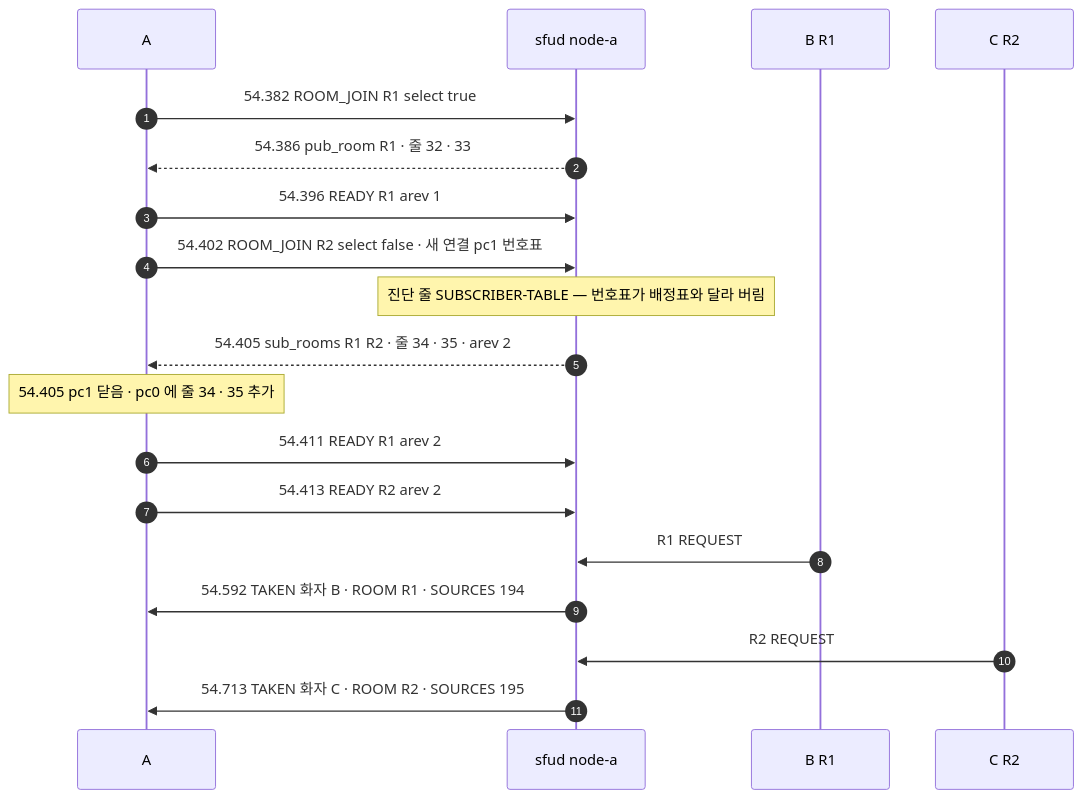
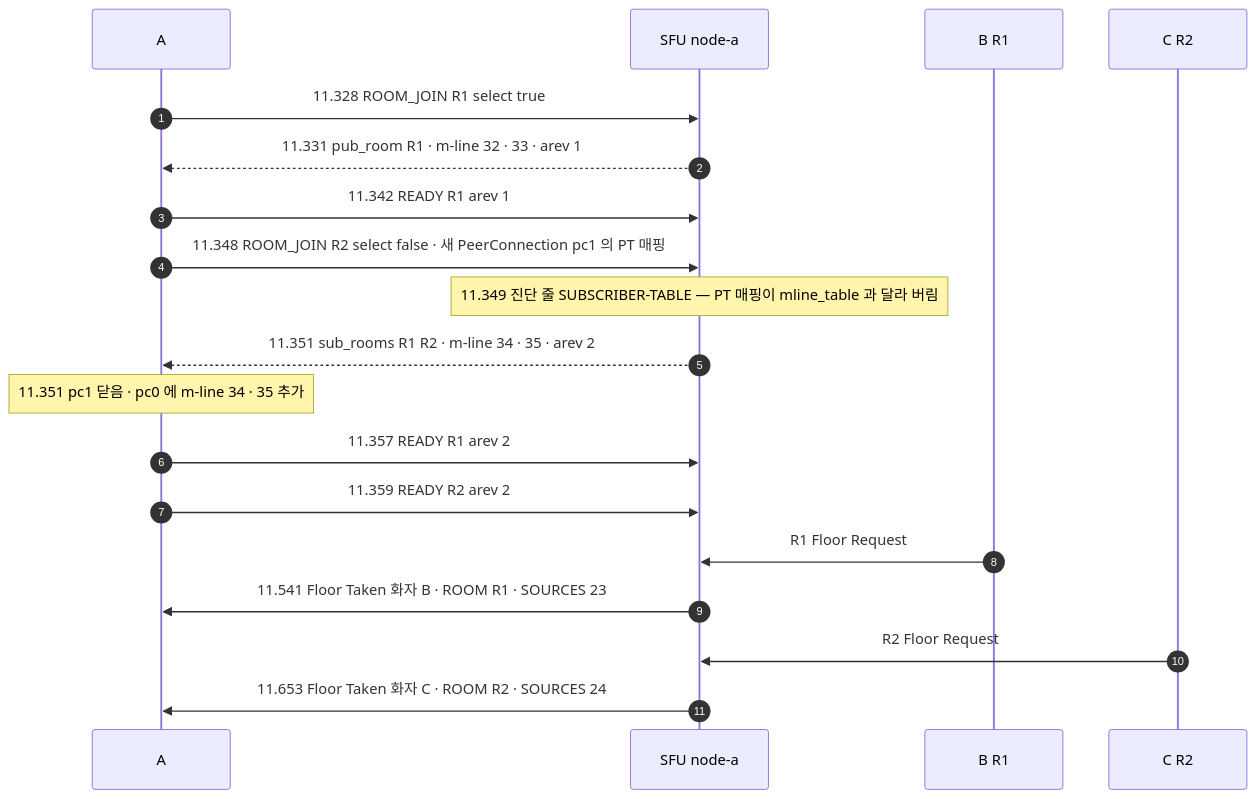
Before and after one commit to kodeholic9/oxlens-sfu: the third of 4 diagrams in docs/learn/08_SLOT_SPEAKER.md, drawn with Mermaid. The commit also changed other lines of this file and 19 other files, not shown here.

````diff
--- a/docs/learn/08_SLOT_SPEAKER.md
+++ b/docs/learn/08_SLOT_SPEAKER.md
@@ -100,21 +114,21 @@
 ```mermaid
 sequenceDiagram
   autonumber
   participant A as A
-  participant S as sfud node-a
+  participant S as SFU node-a
   participant B as B R1
   participant C as C R2
-  A->>S: 54.382 ROOM_JOIN R1 select true
-  S-->>A: 54.386 pub_room R1 · 줄 32 · 33
-  A->>S: 54.396 READY R1 arev 1
-  A->>S: 54.402 ROOM_JOIN R2 select false · 새 연결 pc1 번호표
-  Note over S: 진단 줄 SUBSCRIBER-TABLE — 번호표가 배정표와 달라 버림
-  S-->>A: 54.405 sub_rooms R1 R2 · 줄 34 · 35 · arev 2
-  Note over A: 54.405 pc1 닫음 · pc0 에 줄 34 · 35 추가
-  A->>S: 54.411 READY R1 arev 2
-  A->>S: 54.413 READY R2 arev 2
-  B->>S: R1 REQUEST
-  S->>A: 54.592 TAKEN 화자 B · ROOM R1 · SOURCES 194
-  C->>S: R2 REQUEST
-  S->>A: 54.713 TAKEN 화자 C · ROOM R2 · SOURCES 195
+  A->>S: 11.328 ROOM_JOIN R1 select true
+  S-->>A: 11.331 pub_room R1 · m-line 32 · 33 · arev 1
+  A->>S: 11.342 READY R1 arev 1
+  A->>S: 11.348 ROOM_JOIN R2 select false · 새 PeerConnection pc1 의 PT 매핑
+  Note over S: 11.349 진단 줄 SUBSCRIBER-TABLE — PT 매핑이 mline_table 과 달라 버림
+  S-->>A: 11.351 sub_rooms R1 R2 · m-line 34 · 35 · arev 2
+  Note over A: 11.351 pc1 닫음 · pc0 에 m-line 34 · 35 추가
+  A->>S: 11.357 READY R1 arev 2
+  A->>S: 11.359 READY R2 arev 2
+  B->>S: R1 Floor Request
+  S->>A: 11.541 Floor Taken 화자 B · ROOM R1 · SOURCES 23
+  C->>S: R2 Floor Request
+  S->>A: 11.653 Floor Taken 화자 C · ROOM R2 · SOURCES 24
 ```
````
